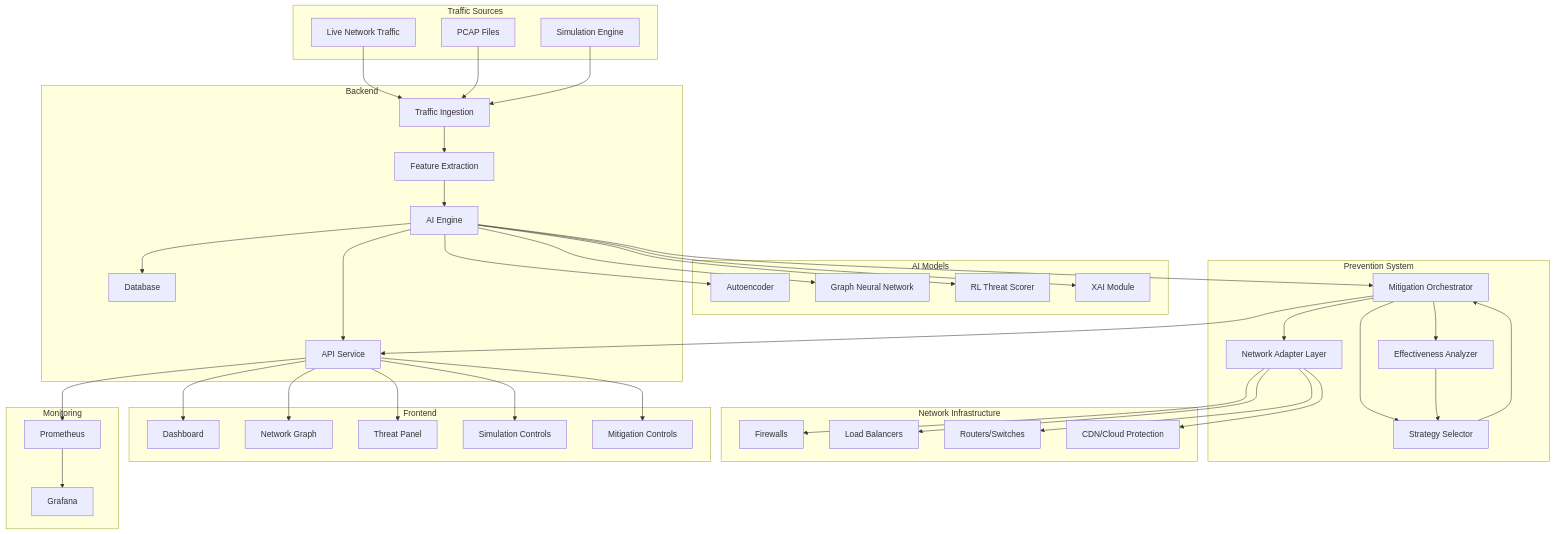
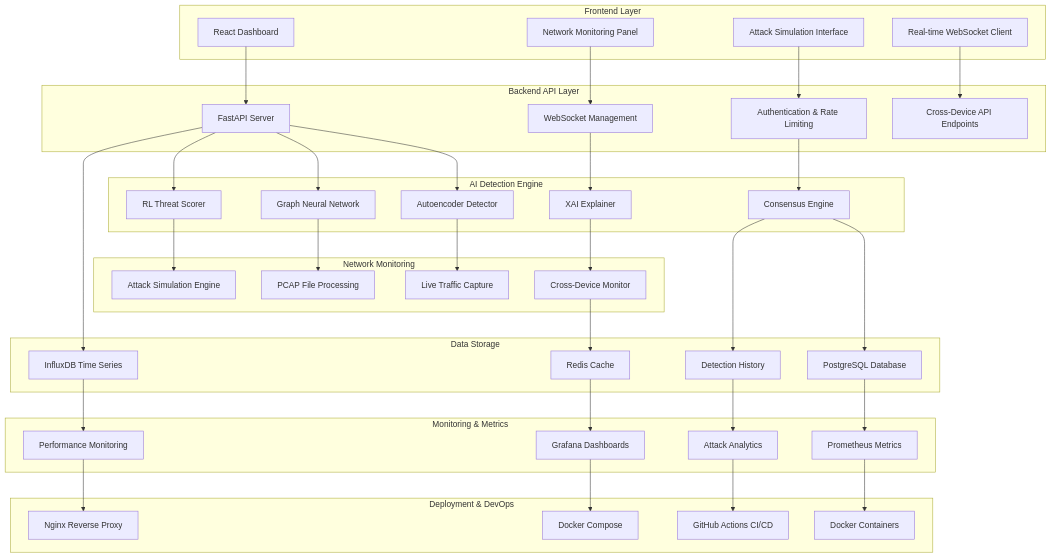
One commit to AskitEndo/DDOSai_v2 changed the third of 3 diagrams in README.md. Above: the diagram before and after it, drawn with Mermaid. The commit also changed other lines of this file and 8 other files, not shown here.

````diff
--- a/README.md
+++ b/README.md
@@ -119,80 +408,83 @@
 ```mermaid
 graph TD
-    subgraph "Traffic Sources"
-        A[Live Network Traffic]
-        B[PCAP Files]
-        C[Simulation Engine]
+    subgraph "Frontend Layer"
+        F1[React Dashboard]
+        F2[Network Monitoring Panel]
+        F3[Attack Simulation Interface]
+        F4[Real-time WebSocket Client]
     end
 
-    subgraph "Backend"
-        D[Traffic Ingestion]
-        E[Feature Extraction]
-        F[AI Engine]
-        G[API Service]
-        H[Database]
+    subgraph "Backend API Layer"
+        B1[FastAPI Server]
+        B2[WebSocket Management]
+        B3[Authentication & Rate Limiting]
+        B4[Cross-Device API Endpoints]
     end
 
-    subgraph "AI Models"
-        I[Autoencoder]
-        J[Graph Neural Network]
-        K[RL Threat Scorer]
-        L[XAI Module]
+    subgraph "AI Detection Engine"
+        AI1[Autoencoder Detector]
+        AI2[Graph Neural Network]
+        AI3[RL Threat Scorer]
+        AI4[XAI Explainer]
+        AI5[Consensus Engine]
     end
 
-    subgraph "Prevention System"
-        S[Mitigation Orchestrator]
-        T[Strategy Selector]
-        U[Network Adapter Layer]
-        V[Effectiveness Analyzer]
+    subgraph "Network Monitoring"
+        N1[Live Traffic Capture]
+        N2[PCAP File Processing]
+        N3[Attack Simulation Engine]
+        N4[Cross-Device Monitor]
     end
 
-    subgraph "Network Infrastructure"
-        W[Firewalls]
-        X[Load Balancers]
-        Y[Routers/Switches]
-        Z[CDN/Cloud Protection]
+    subgraph "Data Storage"
+        D1[PostgreSQL Database]
+        D2[Redis Cache]
+        D3[InfluxDB Time Series]
+        D4[Detection History]
     end
 
-    subgraph "Frontend"
-        M[Dashboard]
-        N[Network Graph]
-        O[Threat Panel]
-        P[Simulation Controls]
-        AA[Mitigation Controls]
+    subgraph "Monitoring & Metrics"
+        M1[Prometheus Metrics]
+        M2[Grafana Dashboards]
+        M3[Performance Monitoring]
+        M4[Attack Analytics]
     end
 
-    subgraph "Monitoring"
-        Q[Prometheus]
-        R[Grafana]
+    subgraph "Deployment & DevOps"
+        DE1[Docker Containers]
+        DE2[Docker Compose]
+        DE3[Nginx Reverse Proxy]
+        DE4[GitHub Actions CI/CD]
     end
 
-    A --> D
-    B --> D
-    C --> D
-    D --> E
-    E --> F
-    F --> G
-    F --> H
-    F --> I
-    F --> J
-    F --> K
-    F --> L
-    F --> S
-    S --> T
-    T --> S
-    S --> U
-    U --> W
-    U --> X
-    U --> Y
-    U --> Z
-    S --> V
-    V --> T
-    G --> M
-    G --> N
-    G --> O
-    G --> P
-    G --> AA
-    G --> Q
-    Q --> R
-    S --> G
+    F1 --> B1
+    F2 --> B2
+    F3 --> B3
+    F4 --> B4
+
+    B1 --> AI1
+    B1 --> AI2
+    B1 --> AI3
+    B2 --> AI4
+    B3 --> AI5
+
+    AI1 --> N1
+    AI2 --> N2
+    AI3 --> N3
+    AI4 --> N4
+
+    AI5 --> D1
+    N4 --> D2
+    B1 --> D3
+    AI5 --> D4
+
+    D1 --> M1
+    D2 --> M2
+    D3 --> M3
+    D4 --> M4
+
+    M1 --> DE1
+    M2 --> DE2
+    M3 --> DE3
+    M4 --> DE4
 ```
````
